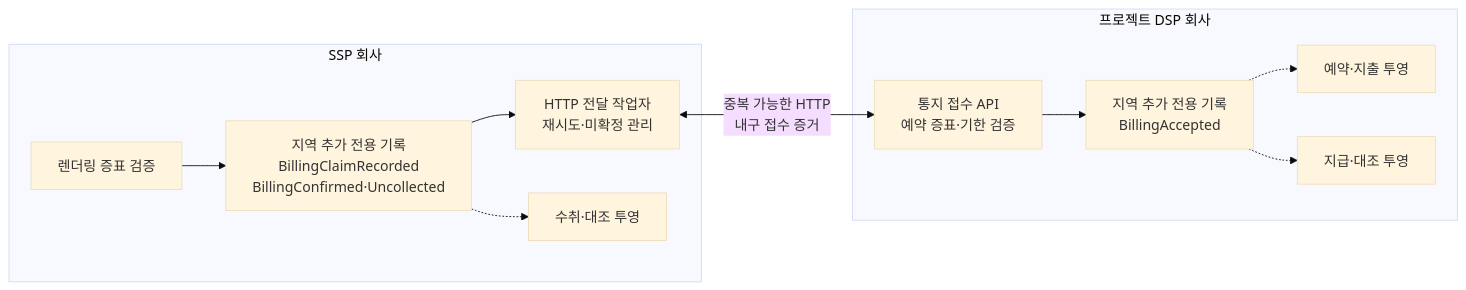
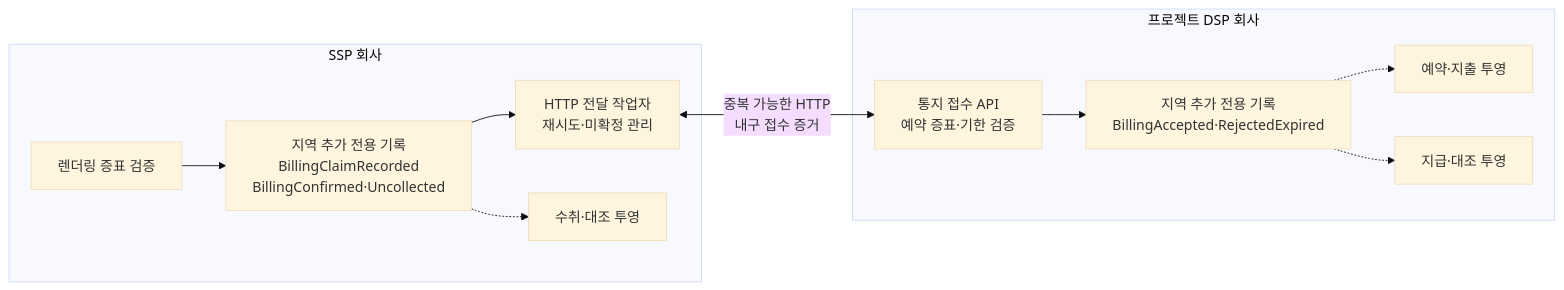
One commit to bbororo5/low-latency-openrtb-auction changed the first of 3 diagrams in docs/architecture/decisions/ADR-005-durable-budget-events.md. Above: the diagram before and after it, drawn with Mermaid (base theme). The commit also changed other lines of this file and 9 other files, not shown here.

````diff
--- a/docs/architecture/decisions/ADR-005-durable-budget-events.md
+++ b/docs/architecture/decisions/ADR-005-durable-budget-events.md
@@ -21,24 +22,24 @@
 ```mermaid
 flowchart LR
     subgraph SSP["SSP 회사"]
         RENDER["렌더링 증표 검증"]
         SJ["지역 추가 전용 기록<br/>BillingClaimRecorded<br/>BillingConfirmed·Uncollected"]
         SENDER["HTTP 전달 작업자<br/>재시도·미확정 관리"]
         SVIEW["수취·대조 투영"]
         RENDER --> SJ
         SJ --> SENDER
         SJ -.-> SVIEW
     end
 
     subgraph DSP["프로젝트 DSP 회사"]
         API["통지 접수 API<br/>예약 증표·기한 검증"]
-        DJ["지역 추가 전용 기록<br/>BillingAccepted"]
+        DJ["지역 추가 전용 기록<br/>BillingAccepted·RejectedExpired"]
         APPLY["예약·지출 투영"]
         DVIEW["지급·대조 투영"]
         API --> DJ
         DJ -.-> APPLY
         DJ -.-> DVIEW
     end
 
     SENDER <-->|"중복 가능한 HTTP<br/>내구 접수 증거"| API
 ```
````
